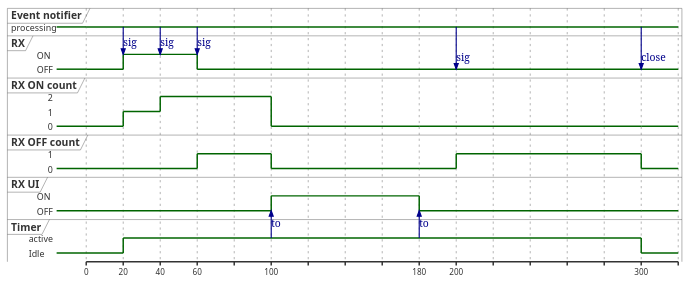
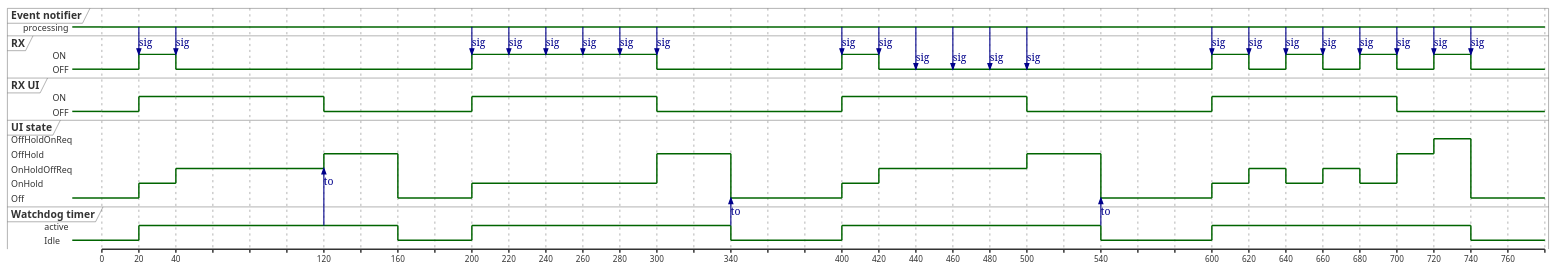
One commit to scandyna/MdtTerminal changed the diagram in doc/plantuml/TimingDiagrams/PinoutSignalsUiController.puml. Above: the diagram before and after it, drawn with PlantUML. The commit also changed 7 other files, not shown here.

```diff
--- a/doc/plantuml/TimingDiagrams/PinoutSignalsUiController.puml
+++ b/doc/plantuml/TimingDiagrams/PinoutSignalsUiController.puml
@@ -1,62 +1,158 @@
 @startuml
 robust "Event notifier" as EventNotifier
 robust "RX" as RX
-robust "RX ON count" as RxOnCount
-robust "RX OFF count" as RxOFFCount
 robust "RX UI" as RxUi
-robust "Timer" as Timer
+robust "UI state" as UiState
+robust "Watchdog timer" as Timer
 
 EventNotifier is processing
 RX is OFF
-RxOnCount is 0
-RxOFFCount is 0
 RxUi is OFF
 Timer is Idle
+UiState is Off
 
 @0
 EventNotifier is processing
 RX is OFF
+RxUi is OFF
+
 
 @20
 EventNotifier -> RX : sig
 RX is ON
-RxOnCount is 1
+RxUi is ON
+UiState is OnHold
 Timer is active
 
 @40
 EventNotifier -> RX : sig
-RX is ON
-RxOnCount is 2
+RX is OFF
+RxUi is ON
+UiState is OnHoldOffReq
 
-@60
-EventNotifier -> RX : sig
-RX is OFF
-RxOFFCount is 1
+@120
+RxUi is OFF
+Timer -> UiState : to
+UiState is OffHold
 
-@100
-Timer -> RxUi : to
-RxOnCount is 0
-RxOFFCount is 0
-RxUi is ON
-
-@180
-Timer -> RxUi : to
-RxOnCount is 0
-RxOFFCount is 0
-RxUi is OFF
+@160
+UiState is Off
+Timer is Idle
 
 @200
 EventNotifier -> RX : sig
-RX is OFF
-RxOFFCount is 1
+RX is ON
+RxUi is ON
+UiState is OnHold
+Timer is active
 
+@220
+EventNotifier -> RX : sig
+RX is ON
+
+@240
+EventNotifier -> RX : sig
+RX is ON
+
+@260
+EventNotifier -> RX : sig
+RX is ON
+
+@280
+EventNotifier -> RX : sig
+RX is ON
 
 @300
-EventNotifier -> RX : close
-RxOnCount is 0
-RxOFFCount is 0
+EventNotifier -> RX : sig
+RX is OFF
 RxUi is OFF
+UiState is OffHold
+
+@340
+Timer -> UiState : to
+UiState is Off
 Timer is Idle
 
+@400
+EventNotifier -> RX : sig
+RX is ON
+RxUi is ON
+UiState is OnHold
+Timer is active
+
+@420
+EventNotifier -> RX : sig
+RX is OFF
+UiState is OnHoldOffReq
+
+@440
+EventNotifier -> RX : sig
+RX is OFF
+
+@460
+EventNotifier -> RX : sig
+RX is OFF
+
+@480
+EventNotifier -> RX : sig
+RX is OFF
+
+@500
+EventNotifier -> RX : sig
+RX is OFF
+RxUi is OFF
+UiState is OffHold
+
+@540
+Timer -> UiState : to
+UiState is Off
+Timer is Idle
+
+@600
+EventNotifier -> RX : sig
+RX is ON
+RxUi is ON
+UiState is OnHold
+Timer is active
+
+@620
+EventNotifier -> RX : sig
+RX is OFF
+UiState is OnHoldOffReq
+
+@640
+EventNotifier -> RX : sig
+RX is ON
+UiState is OnHold
+
+@660
+EventNotifier -> RX : sig
+RX is OFF
+UiState is OnHoldOffReq
+
+@680
+EventNotifier -> RX : sig
+RX is ON
+UiState is OnHold
+
+@700
+EventNotifier -> RX : sig
+RX is OFF
+RxUi is OFF
+UiState is OffHold
+
+@720
+EventNotifier -> RX : sig
+RX is ON
+UiState is OffHoldOnReq
+
+@740
+EventNotifier -> RX : sig
+RX is OFF
+UiState is Off
+Timer is Idle
+
+@760
+RxUi is OFF
 
 @enduml
```
